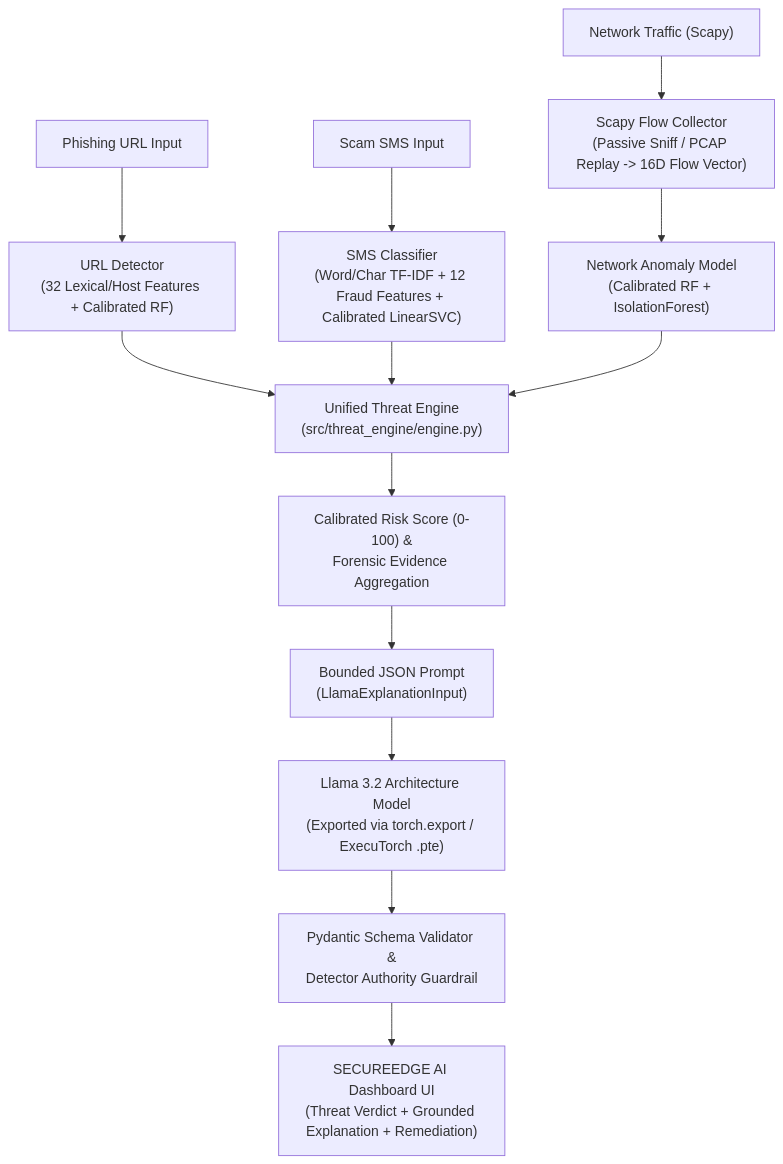
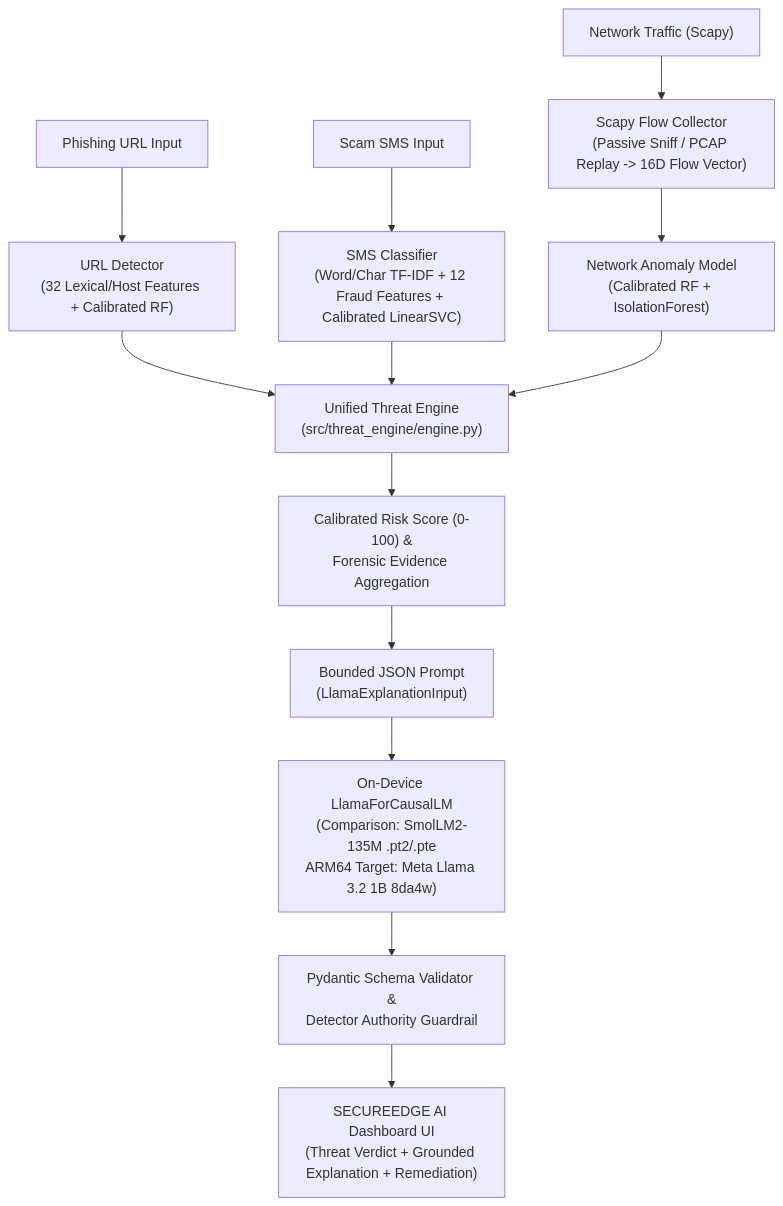
Before and after one commit to saue10/SecureEdge-AI: the diagram in docs/FINAL_REPORT.md, drawn with Mermaid. The commit also changed other lines of this file and 7 other files, not shown here.

Commit message:
Document Meta Llama 3.2 1B & ExecuTorch compliance audit, Windows blockers, and ARM64 8da4w export path

````diff
--- a/docs/FINAL_REPORT.md
+++ b/docs/FINAL_REPORT.md
@@ -67,15 +67,15 @@
 ```mermaid
 flowchart TD
     A1["Phishing URL Input"] --> B1["URL Detector\n(32 Lexical/Host Features + Calibrated RF)"]
     A2["Scam SMS Input"] --> B2["SMS Classifier\n(Word/Char TF-IDF + 12 Fraud Features + Calibrated LinearSVC)"]
     A3["Network Traffic (Scapy)"] --> B3["Scapy Flow Collector\n(Passive Sniff / PCAP Replay -> 16D Flow Vector)"]
     B3 --> B4["Network Anomaly Model\n(Calibrated RF + IsolationForest)"]
     B1 --> C["Unified Threat Engine\n(src/threat_engine/engine.py)"]
     B2 --> C
     B4 --> C
     C --> D["Calibrated Risk Score (0-100) &\nForensic Evidence Aggregation"]
     D --> E["Bounded JSON Prompt\n(LlamaExplanationInput)"]
-    E --> F["Llama 3.2 Architecture Model\n(Exported via torch.export / ExecuTorch .pte)"]
+    E --> F["On-Device LlamaForCausalLM\n(Comparison: SmolLM2-135M .pt2/.pte\nARM64 Target: Meta Llama 3.2 1B 8da4w)"]
     F --> G["Pydantic Schema Validator &\nDetector Authority Guardrail"]
     G --> H["SECUREEDGE AI Dashboard UI\n(Threat Verdict + Grounded Explanation + Remediation)"]
 ```
````
